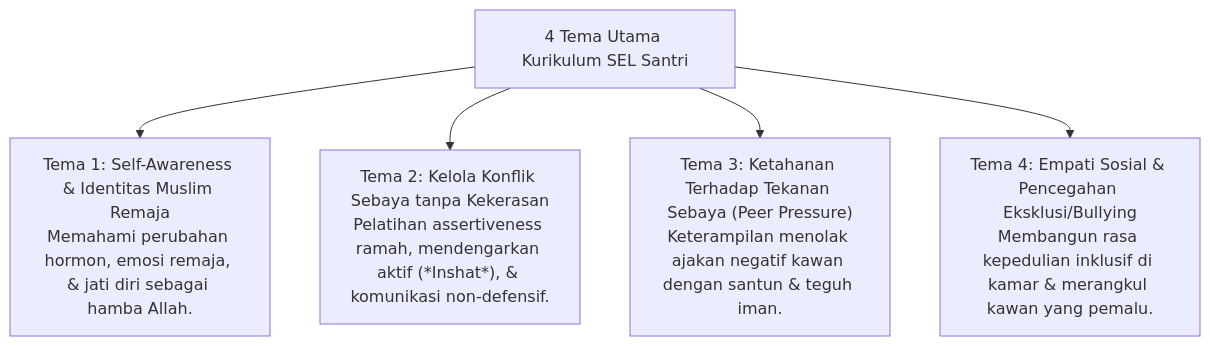
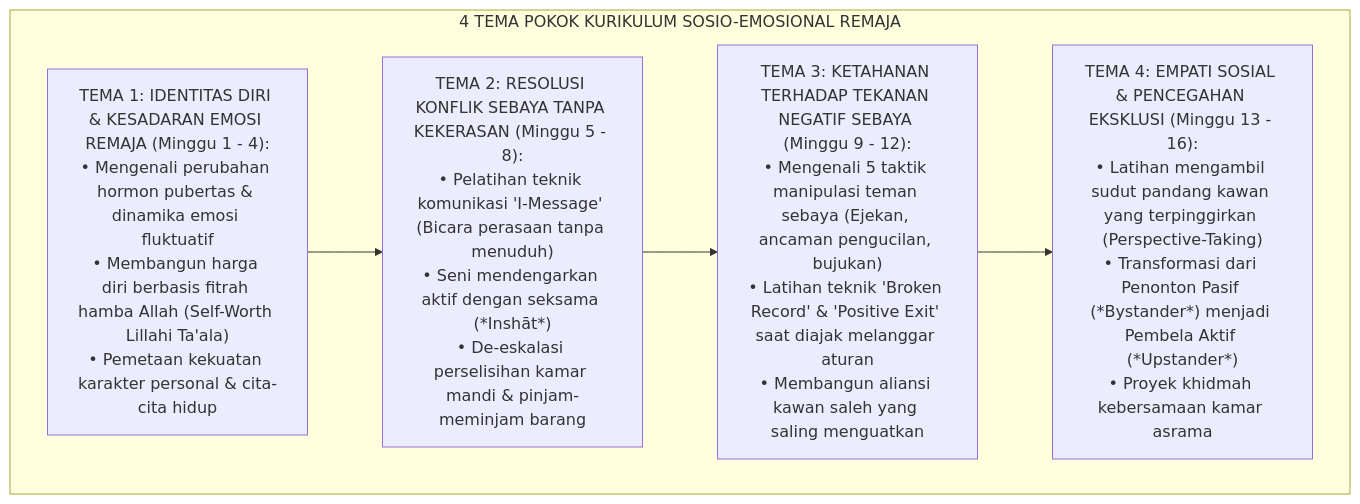
The second of 2 diagrams in 08 Integrated Approaches/02 SEL/P8-02-03-Kurikulum-Sosio-Emosional-Santri-Remaja.md (wandiapriliyandi/tumbuh), drawn with Mermaid before and after one commit. The commit also changed other lines of this file and 3 other files, not shown here.

````diff
--- a/08 Integrated Approaches/02 SEL/P8-02-03-Kurikulum-Sosio-Emosional-Santri-Remaja.md
+++ b/08 Integrated Approaches/02 SEL/P8-02-03-Kurikulum-Sosio-Emosional-Santri-Remaja.md
@@ -14,8 +42,10 @@
 ```mermaid
-graph TD
-    SELCurriculumMap["4 Tema Utama Kurikulum SEL Santri"]
-    SELCurriculumMap --> T1["Tema 1: Self-Awareness & Identitas Muslim Remaja<br/>Memahami perubahan hormon, emosi remaja, & jati diri sebagai hamba Allah."]
-    SELCurriculumMap --> T2["Tema 2: Kelola Konflik Sebaya tanpa Kekerasan<br/>Pelatihan assertiveness ramah, mendengarkan aktif (*Inshat*), & komunikasi non-defensif."]
-    SELCurriculumMap --> T3["Tema 3: Ketahanan Terhadap Tekanan Sebaya (Peer Pressure)<br/>Keterampilan menolak ajakan negatif kawan dengan santun & teguh iman."]
-    SELCurriculumMap --> T4["Tema 4: Empati Sosial & Pencegahan Eksklusi/Bullying<br/>Membangun rasa kepedulian inklusif di kamar & merangkul kawan yang pemalu."]
+flowchart TD
+    subgraph FourThemes["4 TEMA POKOK KURIKULUM SOSIO-EMOSIONAL REMAJA"]
+        T1["TEMA 1: IDENTITAS DIRI & KESADARAN EMOSI REMAJA (Minggu 1 - 4):<br/>• Mengenali perubahan hormon pubertas & dinamika emosi fluktuatif<br/>• Membangun harga diri berbasis fitrah hamba Allah (Self-Worth Lillahi Ta'ala)<br/>• Pemetaan kekuatan karakter personal & cita-cita hidup"]
+        T2["TEMA 2: RESOLUSI KONFLIK SEBAYA TANPA KEKERASAN (Minggu 5 - 8):<br/>• Pelatihan teknik komunikasi 'I-Message' (Bicara perasaan tanpa menuduh)<br/>• Seni mendengarkan aktif dengan seksama (*Inshāt*)<br/>• De-eskalasi perselisihan kamar mandi & pinjam-meminjam barang"]
+        T3["TEMA 3: KETAHANAN TERHADAP TEKANAN NEGATIF SEBAYA (Minggu 9 - 12):<br/>• Mengenali 5 taktik manipulasi teman sebaya (Ejekan, ancaman pengucilan, bujukan)<br/>• Latihan teknik 'Broken Record' & 'Positive Exit' saat diajak melanggar aturan<br/>• Membangun aliansi kawan saleh yang saling menguatkan"]
+        T4["TEMA 4: EMPATI SOSIAL & PENCEGAHAN EKSKLUSI (Minggu 13 - 16):<br/>• Latihan mengambil sudut pandang kawan yang terpinggirkan (Perspective-Taking)<br/>• Transformasi dari Penonton Pasif (*Bystander*) menjadi Pembela Aktif (*Upstander*)<br/>• Proyek khidmah kebersamaan kamar asrama"]
+        T1 --> T2 --> T3 --> T4
+    end
 ```
````
